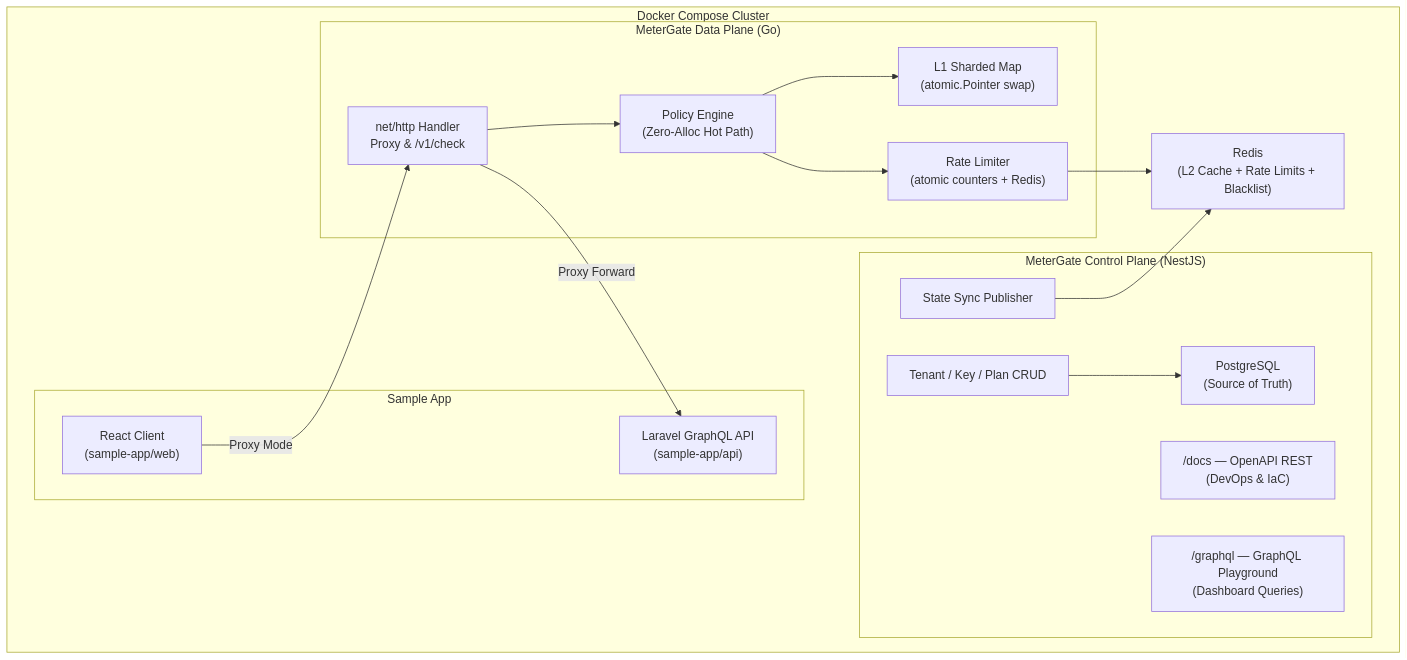
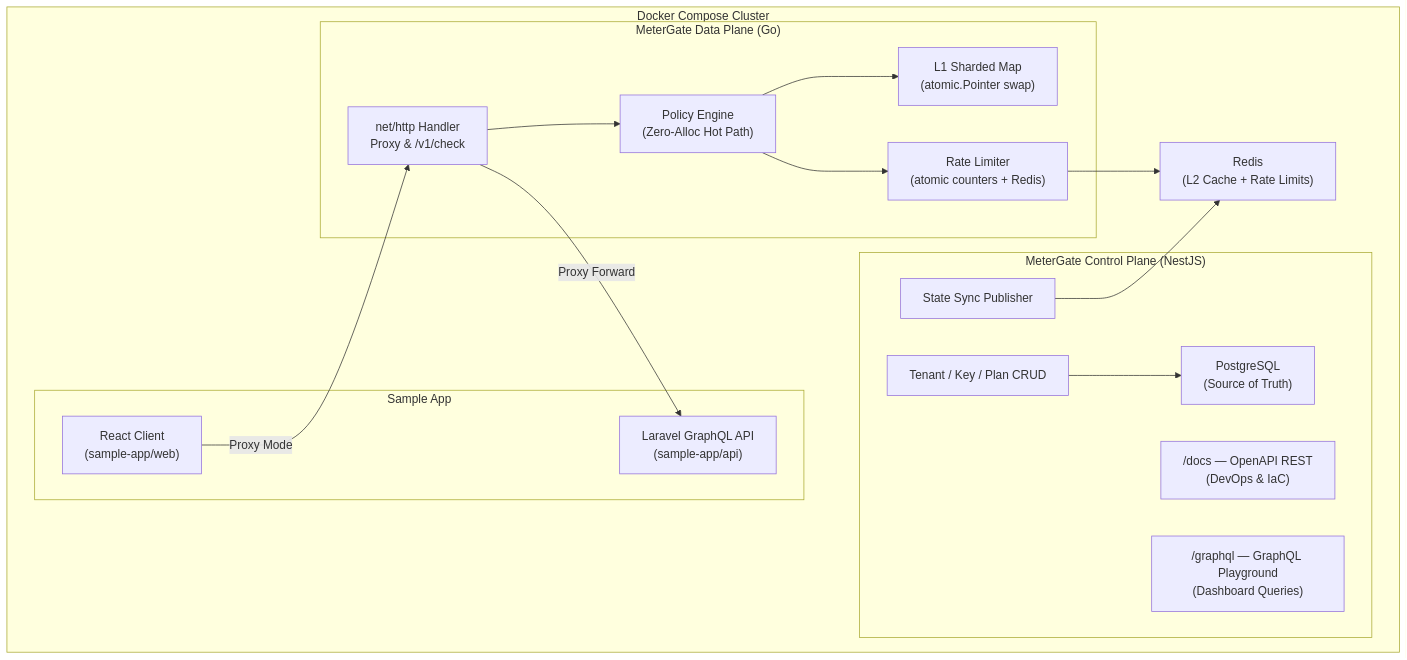
The diagram in README.md (viktor-oy/MeterGate), drawn with Mermaid before and after one commit. The commit also changed other lines of this file and 24 other files, not shown here.

````diff
--- a/README.md
+++ b/README.md
@@ -7,35 +7,35 @@
 ```mermaid
 graph TB
     subgraph "Docker Compose Cluster"
         subgraph "Sample App"
             WEB["React Client<br/>(sample-app/web)"]
             API["Laravel GraphQL API<br/>(sample-app/api)"]
         end
 
         subgraph "MeterGate Control Plane (NestJS)"
             SWAGGER["/docs — OpenAPI REST<br/>(DevOps & IaC)"]
             GQL["/graphql — GraphQL Playground<br/>(Dashboard Queries)"]
             CRUD["Tenant / Key / Plan CRUD"]
             PG["PostgreSQL<br/>(Source of Truth)"]
             SYNC["State Sync Publisher"]
         end
 
         subgraph "MeterGate Data Plane (Go)"
             HANDLER["net/http Handler<br/>Proxy & /v1/check"]
             POLICY["Policy Engine<br/>(Zero-Alloc Hot Path)"]
             L1["L1 Sharded Map<br/>(atomic.Pointer swap)"]
             RL["Rate Limiter<br/>(atomic counters + Redis)"]
         end
 
-        REDIS["Redis<br/>(L2 Cache + Rate Limits + Blacklist)"]
+        REDIS["Redis<br/>(L2 Cache + Rate Limits)"]
 
         WEB -- "Proxy Mode" --> HANDLER
         HANDLER --> POLICY
         POLICY --> L1
         POLICY --> RL
         RL --> REDIS
         SYNC --> REDIS
         CRUD --> PG
         HANDLER -- "Proxy Forward" --> API
     end
 ```
````
